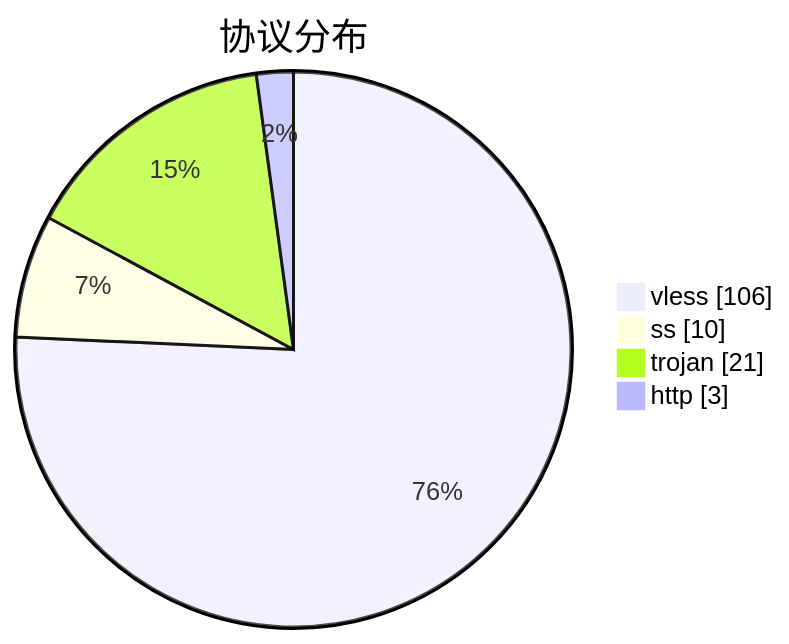
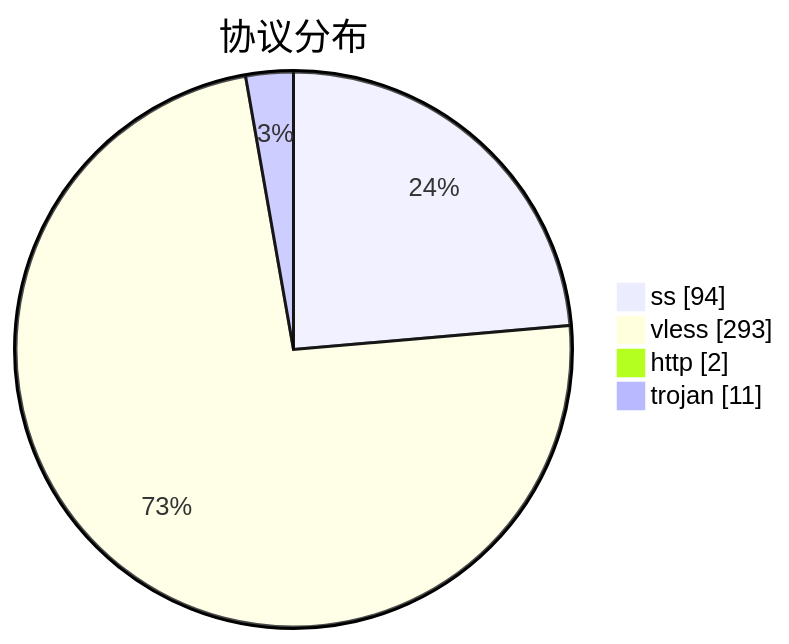
The third of 3 diagrams in subs/statistics/tested_within.md (qjlxg/airport), drawn with Mermaid before and after one commit. The commit also changed other lines of this file and 2 other files, not shown here.

````diff
--- a/subs/statistics/tested_within.md
+++ b/subs/statistics/tested_within.md
@@ -29,8 +33,8 @@
 ```mermaid
 pie showData
 title 协议分布
-"vless" : 106
-"ss" : 10
-"trojan" : 21
-"http" : 3
+"ss" : 94
+"vless" : 293
+"http" : 2
+"trojan" : 11
 ```
````
